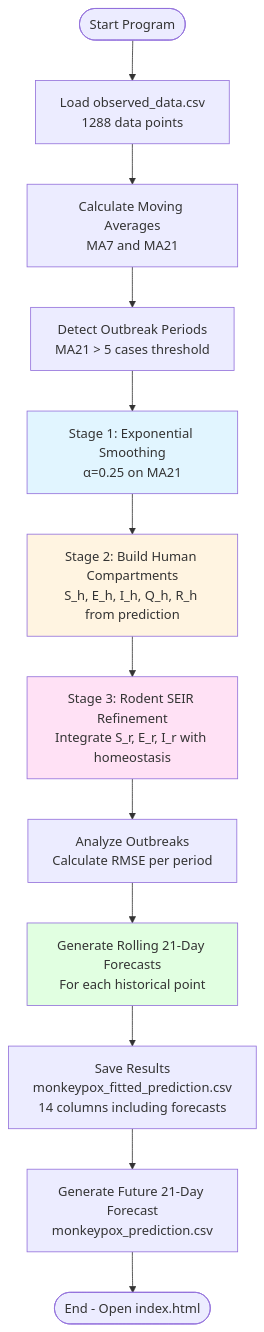
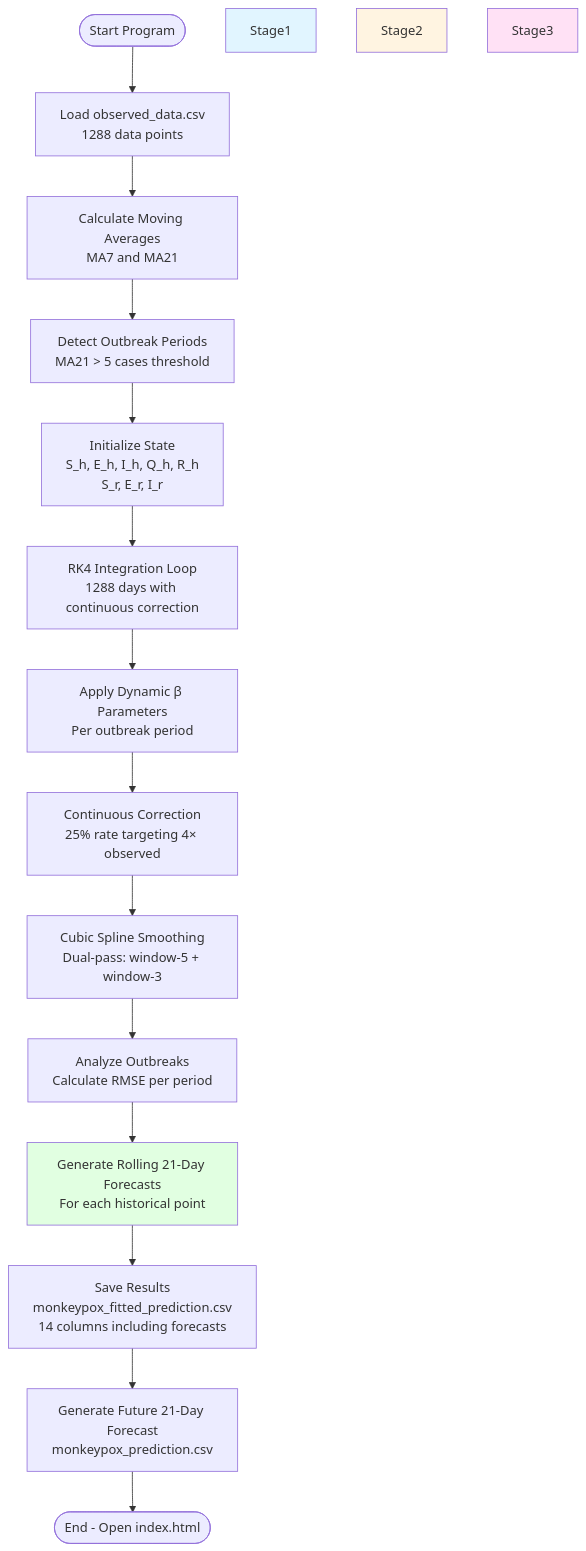
Before and after one commit to minhlol/approximationthingies: the first of 8 diagrams in ARCHITECTURE.md, drawn with Mermaid. The commit also changed other lines of this file and 8 other files, not shown here.

````diff
--- a/ARCHITECTURE.md
+++ b/ARCHITECTURE.md
@@ -5,27 +5,31 @@
 ```mermaid
 graph TB
     Start([Start Program]) --> LoadData[Load observed_data.csv<br/>1288 data points]
     LoadData --> CalcMA[Calculate Moving Averages<br/>MA7 and MA21]
     CalcMA --> DetectOutbreaks[Detect Outbreak Periods<br/>MA21 > 5 cases threshold]
     
-    DetectOutbreaks --> Stage1[Stage 1: Exponential Smoothing<br/>α=0.25 on MA21]
+    DetectOutbreaks --> InitState[Initialize State<br/>S_h, E_h, I_h, Q_h, R_h<br/>S_r, E_r, I_r]
     
-    Stage1 --> Stage2[Stage 2: Build Human Compartments<br/>S_h, E_h, I_h, Q_h, R_h from prediction]
+    InitState --> Integrate[RK4 Integration Loop<br/>1288 days with continuous correction]
     
-    Stage2 --> Stage3[Stage 3: Rodent SEIR Refinement<br/>Integrate S_r, E_r, I_r with homeostasis]
+    Integrate --> DynamicBeta[Apply Dynamic β Parameters<br/>Per outbreak period]
     
-    Stage3 --> Analyze[Analyze Outbreaks<br/>Calculate RMSE per period]
+    DynamicBeta --> Correction[Continuous Correction<br/>25% rate targeting 4× observed]
+    
+    Correction --> Smoothing[Cubic Spline Smoothing<br/>Dual-pass: window-5 + window-3]
+    
+    Smoothing --> Analyze[Analyze Outbreaks<br/>Calculate RMSE per period]
     
     Analyze --> GenForecast[Generate Rolling 21-Day Forecasts<br/>For each historical point]
     
     GenForecast --> SaveCSV[Save Results<br/>monkeypox_fitted_prediction.csv<br/>14 columns including forecasts]
     
     SaveCSV --> FutureForecast[Generate Future 21-Day Forecast<br/>monkeypox_prediction.csv]
     
     FutureForecast --> End([End - Open index.html])
     
     style Stage1 fill:#e1f5ff
     style Stage2 fill:#fff4e1
     style Stage3 fill:#ffe1f5
     style GenForecast fill:#e1ffe1
 ```
````
